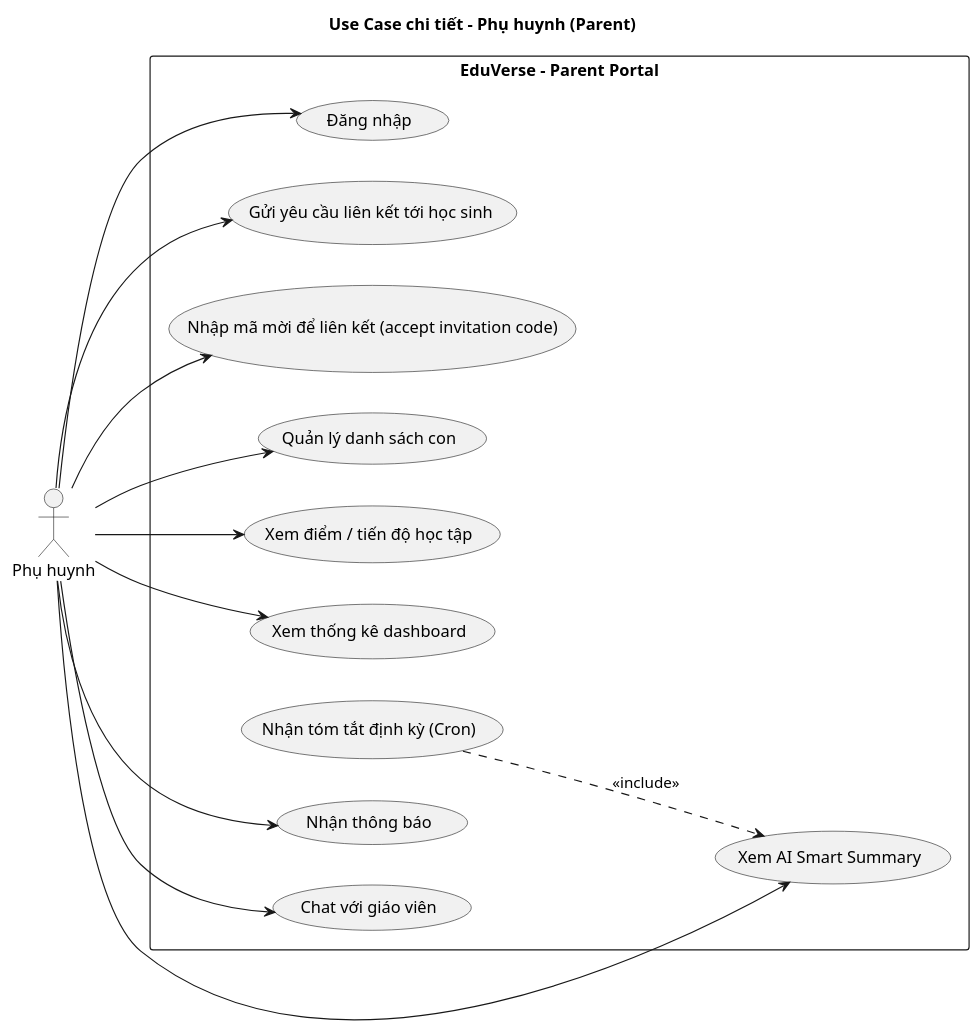
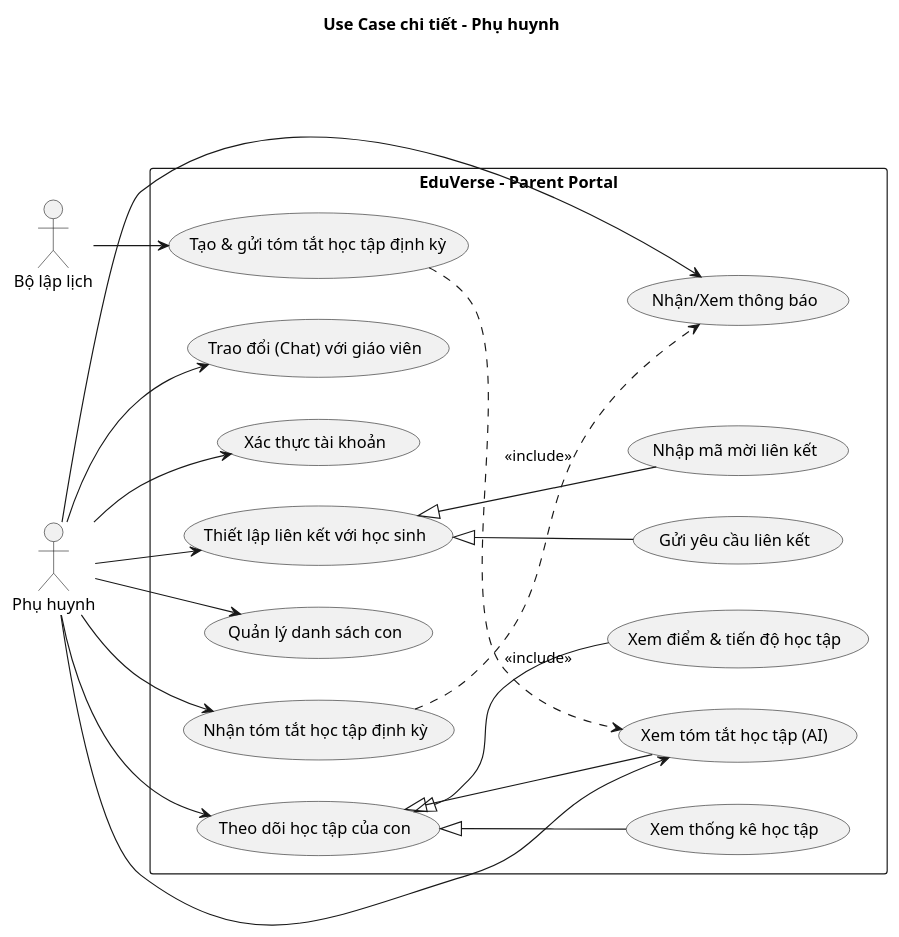
Before and after one commit to Tungggggggggggggg/secondary-lms-system: the diagram in docs/luanvan/figures/uml/puml/usecase-parent.puml, drawn with PlantUML. The commit also changed 13 other files, not shown here.

First line of the commit message:
Cập nhật và tinh chỉnh các sơ đồ ca sử dụng (Use Case) UML và mô tả

```diff
--- a/docs/luanvan/figures/uml/puml/usecase-parent.puml
+++ b/docs/luanvan/figures/uml/puml/usecase-parent.puml
@@ -1,35 +1,48 @@
 @startuml usecase-parent
 left to right direction
-title Use Case chi tiết - Phụ huynh (Parent)
+title Use Case chi tiết - Phụ huynh
 
 actor "Phụ huynh" as Parent
+actor "Bộ lập lịch" as Scheduler
 
 rectangle "EduVerse - Parent Portal" {
-  usecase "Đăng nhập" as UC_Login
+  usecase "Xác thực tài khoản" as UC_Auth
 
-  usecase "Gửi yêu cầu liên kết tới học sinh" as UC_LinkRequest
-  usecase "Nhập mã mời để liên kết (accept invitation code)" as UC_AcceptInvite
+  usecase "Thiết lập liên kết với học sinh" as UC_Link
+  usecase "Gửi yêu cầu liên kết" as UC_LinkRequest
+  usecase "Nhập mã mời liên kết" as UC_AcceptInvite
   usecase "Quản lý danh sách con" as UC_Children
 
-  usecase "Xem điểm / tiến độ học tập" as UC_Grades
-  usecase "Xem thống kê dashboard" as UC_Stats
-  usecase "Xem AI Smart Summary" as UC_ParentSummary
-  usecase "Nhận tóm tắt định kỳ (Cron)" as UC_Weekly
+  usecase "Theo dõi học tập của con" as UC_Track
+  usecase "Xem điểm & tiến độ học tập" as UC_Grades
+  usecase "Xem thống kê học tập" as UC_Stats
+  usecase "Xem tóm tắt học tập (AI)" as UC_AISummary
 
-  usecase "Nhận thông báo" as UC_Notif
-  usecase "Chat với giáo viên" as UC_Chat
+  usecase "Nhận tóm tắt học tập định kỳ" as UC_WeeklySummary
+  usecase "Tạo & gửi tóm tắt học tập định kỳ" as UC_SendWeekly
+
+  usecase "Nhận/Xem thông báo" as UC_Notif
+  usecase "Trao đổi (Chat) với giáo viên" as UC_Chat
 }
 
-Parent --> UC_Login
-Parent --> UC_LinkRequest
-Parent --> UC_AcceptInvite
+Parent --> UC_Auth
+Parent --> UC_Link
 Parent --> UC_Children
-Parent --> UC_Grades
-Parent --> UC_Stats
-Parent --> UC_ParentSummary
+Parent --> UC_Track
+Parent --> UC_AISummary
+Parent --> UC_WeeklySummary
 Parent --> UC_Notif
 Parent --> UC_Chat
 
-UC_Weekly ..> UC_ParentSummary : <<include>>
+UC_Link <|-- UC_LinkRequest
+UC_Link <|-- UC_AcceptInvite
+
+UC_Track <|-- UC_Grades
+UC_Track <|-- UC_Stats
+UC_Track <|-- UC_AISummary
+
+Scheduler --> UC_SendWeekly
+UC_SendWeekly ..> UC_AISummary : <<include>>
+UC_WeeklySummary ..> UC_Notif : <<include>>
 
 @enduml
```
